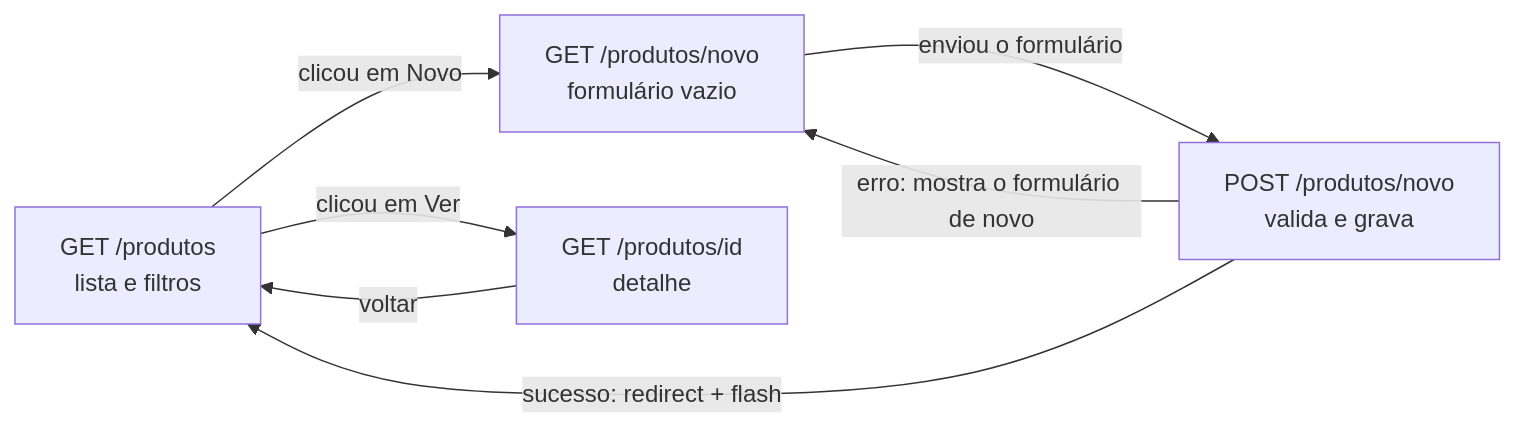
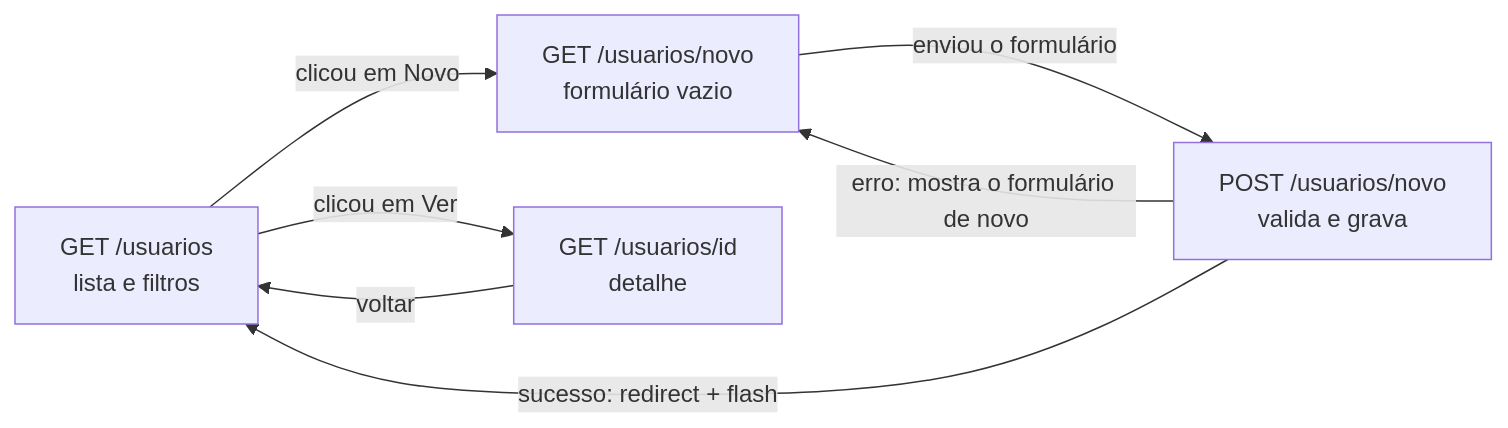
Before and after one commit to GTI-Fatec-Jahu/PI-GTI-2026-2: the second of 2 diagrams in docs/aulas/Aula_07_CRUD_Insercao_e_Leitura.md, drawn with Mermaid. The commit also changed other lines of this file and 2 other files, not shown here.

````diff
--- a/docs/aulas/Aula_07_CRUD_Insercao_e_Leitura.md
+++ b/docs/aulas/Aula_07_CRUD_Insercao_e_Leitura.md
@@ -104,14 +111,14 @@
 ```mermaid
 flowchart LR
-    L["GET /produtos<br/>lista e filtros"]
-    N["GET /produtos/novo<br/>formulário vazio"]
-    P["POST /produtos/novo<br/>valida e grava"]
-    D["GET /produtos/id<br/>detalhe"]
+    L["GET /usuarios<br/>lista e filtros"]
+    N["GET /usuarios/novo<br/>formulário vazio"]
+    P["POST /usuarios/novo<br/>valida e grava"]
+    D["GET /usuarios/id<br/>detalhe"]
 
     L -->|"clicou em Novo"| N
     N -->|"enviou o formulário"| P
     P -->|"erro: mostra o formulário de novo"| N
     P -->|"sucesso: redirect + flash"| L
     L -->|"clicou em Ver"| D
     D -->|"voltar"| L
 ```
````
